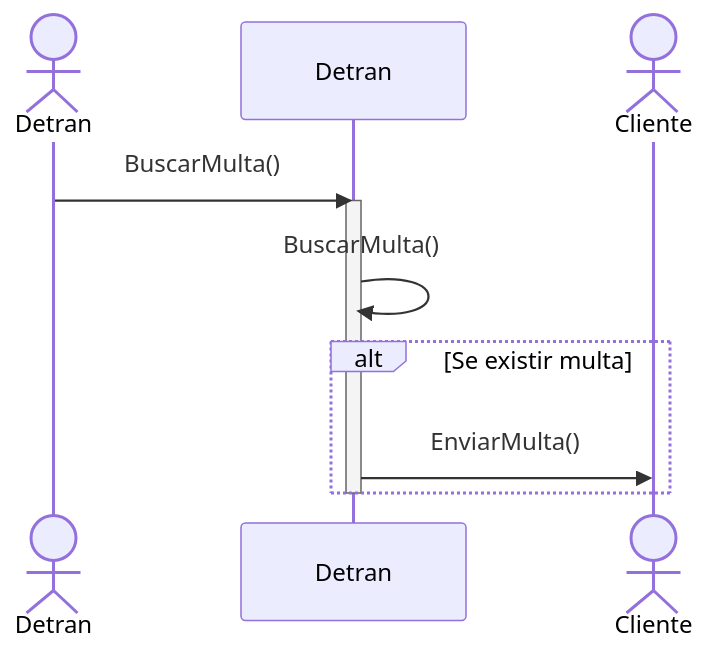
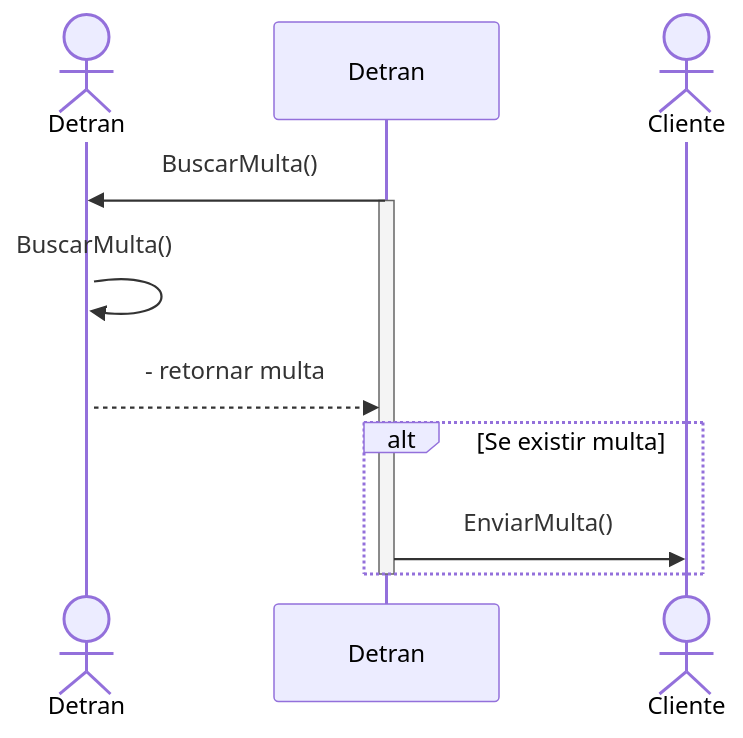
Before and after one commit to BrunoBassoo/LocadoraDeVeiculos: the fourth of 4 diagrams in README.md, drawn with Mermaid.

````diff
--- a/README.md
+++ b/README.md
@@ -352,15 +352,20 @@
 ``` mermaid
 %%{title: "Buscar multas"}%%
 sequenceDiagram
     actor Detran
     participant DT as Detran
     actor Cliente
 
-    Detran->>DT: BuscarMulta()
+    DT->>Detran: BuscarMulta()
     activate DT
-    DT->>DT: BuscarMulta()
+    activate Detran
+    Detran->>Detran: BuscarMulta()
+    
+    Detran-->>DT: - retornar multa
+    
     alt Se existir multa
     DT->>Cliente: EnviarMulta()
     end
     deactivate DT
+
 ```
````
